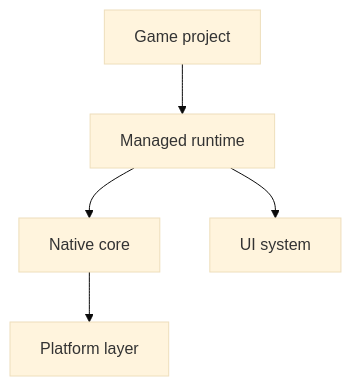
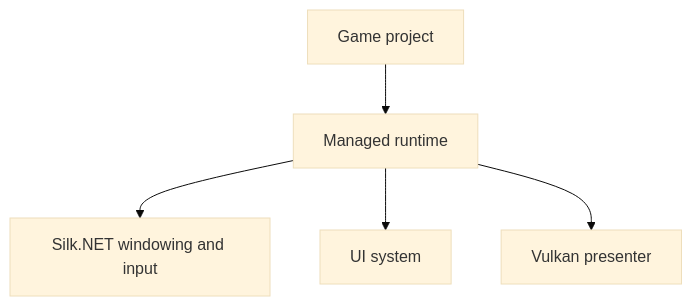
Before and after one commit to jihadkhawaja/AssemblyEngine: the first of 3 diagrams in docs/architecture.md, drawn with Mermaid (base theme). The commit also changed other lines of this file and 61 other files, not shown here.

First line of the commit message:
Refactor engine platform integration and input handling

````diff
--- a/docs/architecture.md
+++ b/docs/architecture.md
@@ -7,7 +7,7 @@
 ```mermaid
 flowchart TB
     Game[Game project] --> Runtime[Managed runtime]
-    Runtime --> Native[Native core]
+    Runtime --> SilkNET[Silk.NET windowing and input]
     Runtime --> UiStack[UI system]
-    Native --> Platform[Platform layer]
+    Runtime --> Vulkan[Vulkan presenter]
 ```
````
